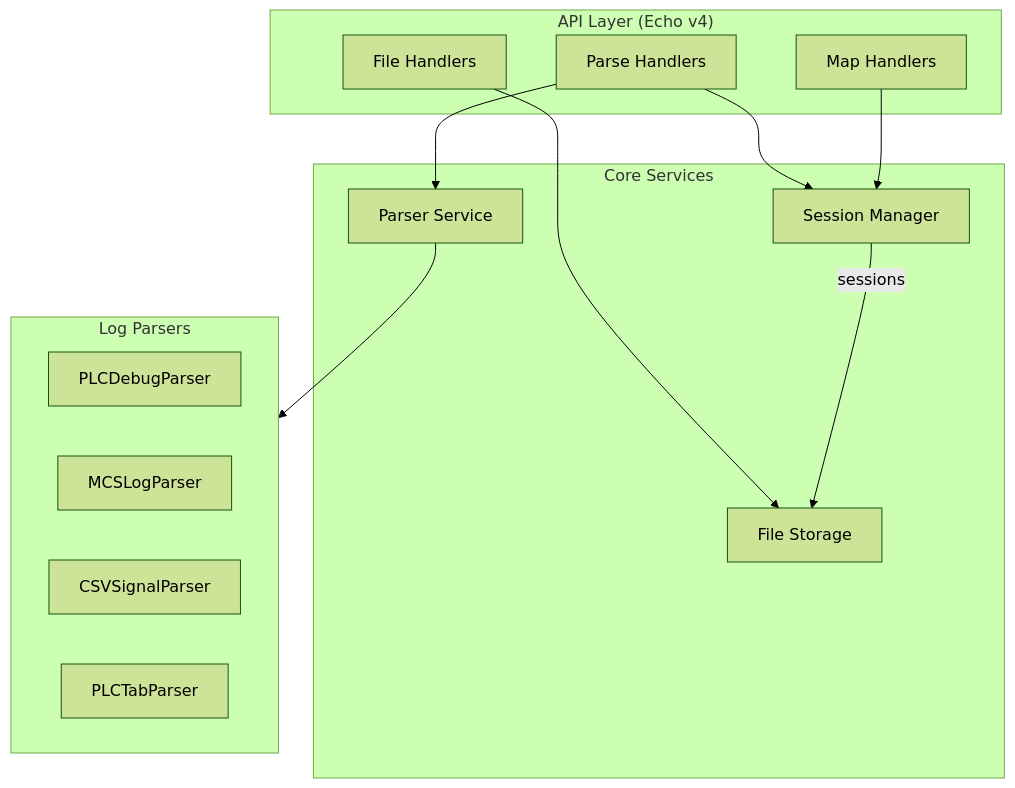
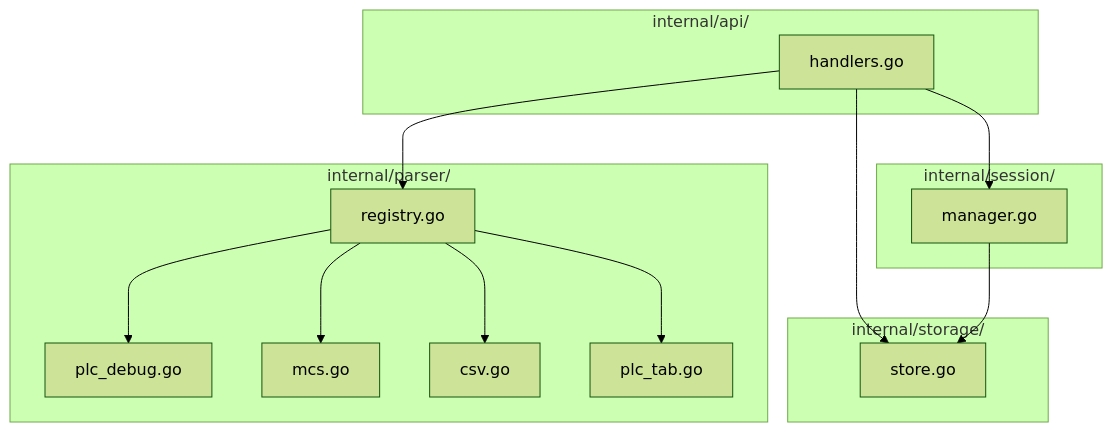
The third of 3 diagrams in .agent/architecture/system-overview.md (SulthanZahran91/LOG_VISUALIZER_WEB), drawn with Mermaid (forest theme) before and after one commit. The commit also changed other lines of this file and 3 other files, not shown here.

First line of the commit message:
docs: fix architecture docs to match actual code

````diff
--- a/.agent/architecture/system-overview.md
+++ b/.agent/architecture/system-overview.md
@@ -81,29 +89,31 @@
 ```mermaid
 flowchart TB
-    subgraph API["API Layer (Echo v4)"]
-        FileH[File Handlers]
-        ParseH[Parse Handlers]
-        MapH[Map Handlers]
+    subgraph API["internal/api/"]
+        H[handlers.go]
     end
     
-    subgraph Core["Core Services"]
-        SM[Session Manager]
-        PS[Parser Service]
-        FS[File Storage]
+    subgraph Session["internal/session/"]
+        SM[manager.go]
     end
     
-    subgraph Parsers["Log Parsers"]
-        PLC[PLCDebugParser]
-        MCS[MCSLogParser]
-        CSV[CSVSignalParser]
-        TAB[PLCTabParser]
+    subgraph Storage["internal/storage/"]
+        FS[store.go]
     end
     
-    FileH --> FS
-    ParseH --> SM
-    ParseH --> PS
-    MapH --> SM
+    subgraph Parsers["internal/parser/"]
+        Reg[registry.go]
+        PLC[plc_debug.go]
+        MCS[mcs.go]
+        CSV[csv.go]
+        TAB[plc_tab.go]
+    end
     
-    PS --> Parsers
-    SM -->|sessions| FS
+    H --> SM
+    H --> FS
+    H --> Reg
+    Reg --> PLC
+    Reg --> MCS
+    Reg --> CSV
+    Reg --> TAB
+    SM --> FS
 ```
````
